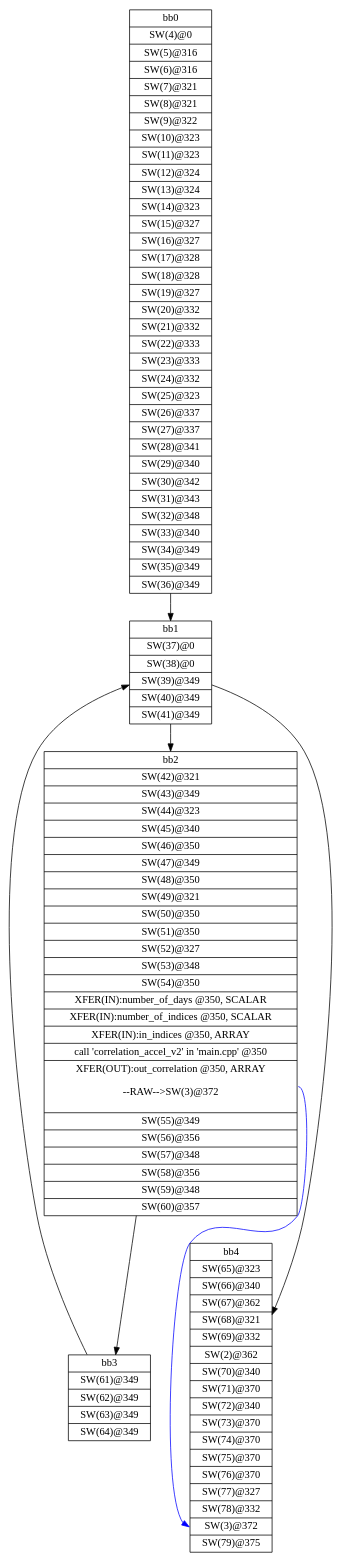
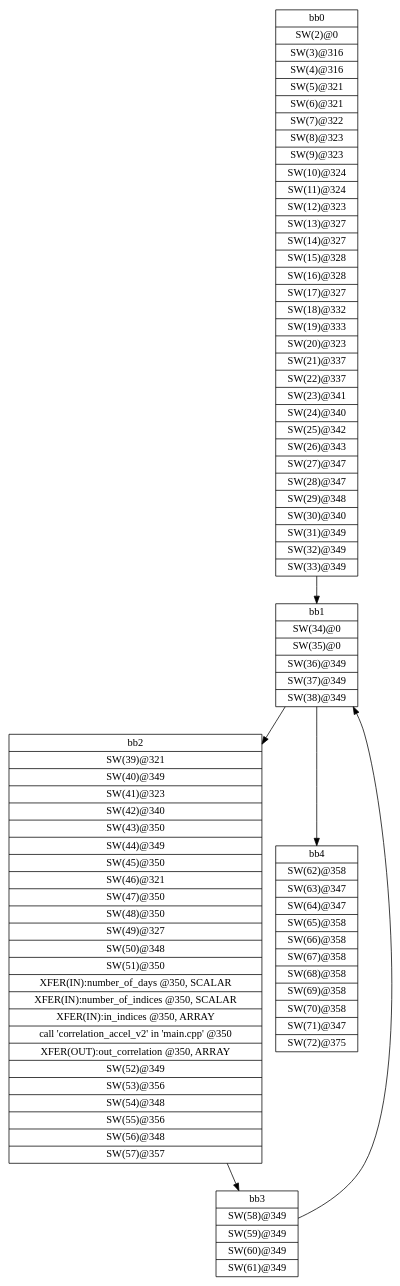
One commit to nguyencanhtrung/SDSoC changed the diagram in workspace/correlation_ver2_axis/correlation_axis_ver2/SDRelease/_sds/.llvm/_p0_cdfg_dc1_main.dot. Above: the diagram before and after it, drawn with Graphviz. The commit also changed 716 other files, not shown here.

```diff
--- a/workspace/correlation_ver2_axis/correlation_axis_ver2/SDRelease/_sds/.llvm/_p0_cdfg_dc1_main.dot
+++ b/workspace/correlation_ver2_axis/correlation_axis_ver2/SDRelease/_sds/.llvm/_p0_cdfg_dc1_main.dot
@@ -1,14 +1,13 @@
 digraph CDFG {
 node [shape=record];
-bb0 [shape=record, label = "{bb0|<x0x2d03ca0>SW(4)@0\n|<x0x2d03d20>SW(5)@316\n|<x0x2d03f10>SW(6)@316\n|<x0x2d04660>SW(7)@321\n|<x0x2d04890>SW(8)@321\n|<x0x2d04ac0>SW(9)@322\n|<x0x2d04cf0>SW(10)@323\n|<x0x2d04f20>SW(11)@323\n|<x0x2d05150>SW(12)@324\n|<x0x2d053a0>SW(13)@324\n|<x0x2d00ad0>SW(14)@323\n|<x0x2d00d10>SW(15)@327\n|<x0x2d00f40>SW(16)@327\n|<x0x2d01170>SW(17)@328\n|<x0x2d013c0>SW(18)@328\n|<x0x2d015d0>SW(19)@327\n|<x0x2d01810>SW(20)@332\n|<x0x2d01a40>SW(21)@332\n|<x0x2d01c70>SW(22)@333\n|<x0x2d01ec0>SW(23)@333\n|<x0x2d020d0>SW(24)@332\n|<x0x2d02310>SW(25)@323\n|<x0x2d02540>SW(26)@337\n|<x0x2d02750>SW(27)@337\n|<x0x2d02970>SW(28)@341\n|<x0x2d06a00>SW(29)@340\n|<x0x2d06c50>SW(30)@342\n|<x0x2d06ec0>SW(31)@343\n|<x0x2d07110>SW(32)@348\n|<x0x2d07340>SW(33)@340\n|<x0x2d07590>SW(34)@349\n|<x0x2d077b0>SW(35)@349\n|<x0x2d079f0>SW(36)@349\n}"];
-bb1 [shape=record, label = "{bb1|<x0x2d07d90>SW(37)@0\n|<x0x2d07f00>SW(38)@0\n|<x0x2d080a0>SW(39)@349\n|<x0x2d082d0>SW(40)@349\n|<x0x2d084e0>SW(41)@349\n}"];
-bb2 [shape=record, label = "{bb2|<x0x2d07c70>SW(42)@321\n|<x0x2d08ae0>SW(43)@349\n|<x0x2d08d10>SW(44)@323\n|<x0x2d08f40>SW(45)@340\n|<x0x2d09190>SW(46)@350\n|<x0x2d093b0>SW(47)@349\n|<x0x2d095e0>SW(48)@350\n|<x0x2d097f0>SW(49)@321\n|<x0x2d09a20>SW(50)@350\n|<x0x2d09c30>SW(51)@350\n|<x0x2d09e50>SW(52)@327\n|<x0x2d0a080>SW(53)@348\n|<x0x2d0a2b0>SW(54)@350\n|<x0x2d0e1a0>XFER(IN):number_of_days @350, SCALAR\n|<x0x2d0e280>XFER(IN):number_of_indices @350, SCALAR\n|<x0x2d0e360>XFER(IN):in_indices @350, ARRAY\n|<x0x2cfc350>call 'correlation_accel_v2' in 'main.cpp' @350\n|<x0x2d0ece0>XFER(OUT):out_correlation @350, ARRAY\n\n--RAW--\>SW(3)@372\n\n|<x0x2d0a500>SW(55)@349\n|<x0x2d0a730>SW(56)@356\n|<x0x2d0a940>SW(57)@348\n|<x0x2d0ab80>SW(58)@356\n|<x0x2d0ada0>SW(59)@348\n|<x0x2d0afe0>SW(60)@357\n}"];
-bb3 [shape=record, label = "{bb3|<x0x2d0b320>SW(61)@349\n|<x0x2d0b550>SW(62)@349\n|<x0x2d0b760>SW(63)@349\n|<x0x2d0b9a0>SW(64)@349\n}"];
-bb4 [shape=record, label = "{bb4|<x0x2d0bdb0>SW(65)@323\n|<x0x2d0bfb0>SW(66)@340\n|<x0x2d0c200>SW(67)@362\n|<x0x2d0c420>SW(68)@321\n|<x0x2d0c650>SW(69)@332\n|<x0x2d00990>SW(2)@362\n|<x0x2d0c8a0>SW(70)@340\n|<x0x2d0cb60>SW(71)@370\n|<x0x2d0cd20>SW(72)@340\n|<x0x2d0cf70>SW(73)@370\n|<x0x2d0d180>SW(74)@370\n|<x0x2d0d390>SW(75)@370\n|<x0x2d0d5a0>SW(76)@370\n|<x0x2d0d7e0>SW(77)@327\n|<x0x2d0da10>SW(78)@332\n|<x0x2d006d0>SW(3)@372\n|<x0x2d0dc60>SW(79)@375\n}"];
+bb0 [shape=record, label = "{bb0|<x0x1f71bf0>SW(2)@0\n|<x0x1f74b20>SW(3)@316\n|<x0x1f74d30>SW(4)@316\n|<x0x1f753b0>SW(5)@321\n|<x0x1f755b0>SW(6)@321\n|<x0x1f757e0>SW(7)@322\n|<x0x1f75a10>SW(8)@323\n|<x0x1f75c40>SW(9)@323\n|<x0x1f75e70>SW(10)@324\n|<x0x1f76460>SW(11)@324\n|<x0x1f76670>SW(12)@323\n|<x0x1f768b0>SW(13)@327\n|<x0x1f76ae0>SW(14)@327\n|<x0x1f76d10>SW(15)@328\n|<x0x1f76f60>SW(16)@328\n|<x0x1f77170>SW(17)@327\n|<x0x1f72550>SW(18)@332\n|<x0x1f72750>SW(19)@333\n|<x0x1f729a0>SW(20)@323\n|<x0x1f72bd0>SW(21)@337\n|<x0x1f72de0>SW(22)@337\n|<x0x1f73000>SW(23)@341\n|<x0x1f73250>SW(24)@340\n|<x0x1f734a0>SW(25)@342\n|<x0x1f73710>SW(26)@343\n|<x0x1f73960>SW(27)@347\n|<x0x1f73b70>SW(28)@347\n|<x0x1f73db0>SW(29)@348\n|<x0x1f73fe0>SW(30)@340\n|<x0x1f74230>SW(31)@349\n|<x0x1f74450>SW(32)@349\n|<x0x1f78520>SW(33)@349\n}"];
+bb1 [shape=record, label = "{bb1|<x0x1f78880>SW(34)@0\n|<x0x1f789f0>SW(35)@0\n|<x0x1f78b90>SW(36)@349\n|<x0x1f78dc0>SW(37)@349\n|<x0x1f78fd0>SW(38)@349\n}"];
+bb2 [shape=record, label = "{bb2|<x0x1f78760>SW(39)@321\n|<x0x1f795a0>SW(40)@349\n|<x0x1f797d0>SW(41)@323\n|<x0x1f79a00>SW(42)@340\n|<x0x1f79c50>SW(43)@350\n|<x0x1f79e70>SW(44)@349\n|<x0x1f7a0a0>SW(45)@350\n|<x0x1f7a2b0>SW(46)@321\n|<x0x1f7a4e0>SW(47)@350\n|<x0x1f7a730>SW(48)@350\n|<x0x1f7a8f0>SW(49)@327\n|<x0x1f7ab20>SW(50)@348\n|<x0x1f7ad50>SW(51)@350\n|<x0x1f7e2f0>XFER(IN):number_of_days @350, SCALAR\n|<x0x1f7e3d0>XFER(IN):number_of_indices @350, SCALAR\n|<x0x1f7e4b0>XFER(IN):in_indices @350, ARRAY\n|<x0x1f6d9e0>call 'correlation_accel_v2' in 'main.cpp' @350\n|<x0x1f7ea70>XFER(OUT):out_correlation @350, ARRAY\n|<x0x1f7afa0>SW(52)@349\n|<x0x1f7b1d0>SW(53)@356\n|<x0x1f7b3e0>SW(54)@348\n|<x0x1f7b610>SW(55)@356\n|<x0x1f7b830>SW(56)@348\n|<x0x1f7ba70>SW(57)@357\n}"];
+bb3 [shape=record, label = "{bb3|<x0x1f7bdb0>SW(58)@349\n|<x0x1f7bfe0>SW(59)@349\n|<x0x1f7c1f0>SW(60)@349\n|<x0x1f7c430>SW(61)@349\n}"];
+bb4 [shape=record, label = "{bb4|<x0x1f7c6f0>SW(62)@358\n|<x0x1f7ca40>SW(63)@347\n|<x0x1f7cc80>SW(64)@347\n|<x0x1f7ceb0>SW(65)@358\n|<x0x1f7d0c0>SW(66)@358\n|<x0x1f7d2d0>SW(67)@358\n|<x0x1f7d4e0>SW(68)@358\n|<x0x1f7d6f0>SW(69)@358\n|<x0x1f7d950>SW(70)@358\n|<x0x1f7db70>SW(71)@347\n|<x0x1f7ddb0>SW(72)@375\n}"];
 bb0 -> bb1
 bb1 -> bb2
 bb1 -> bb4
 bb2 -> bb3
 bb3 -> bb1
-bb2:x0x2d0ece0 -> bb4:x0x2d006d0[color=blue]
 }
```
